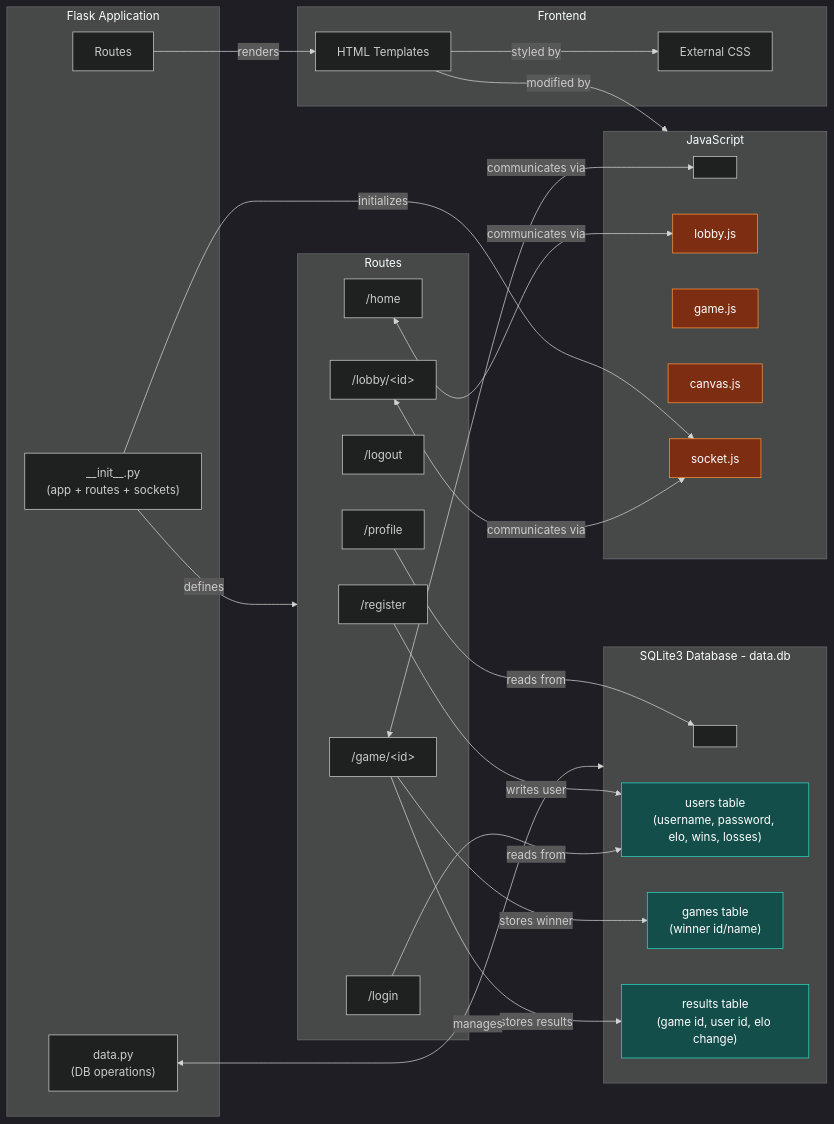
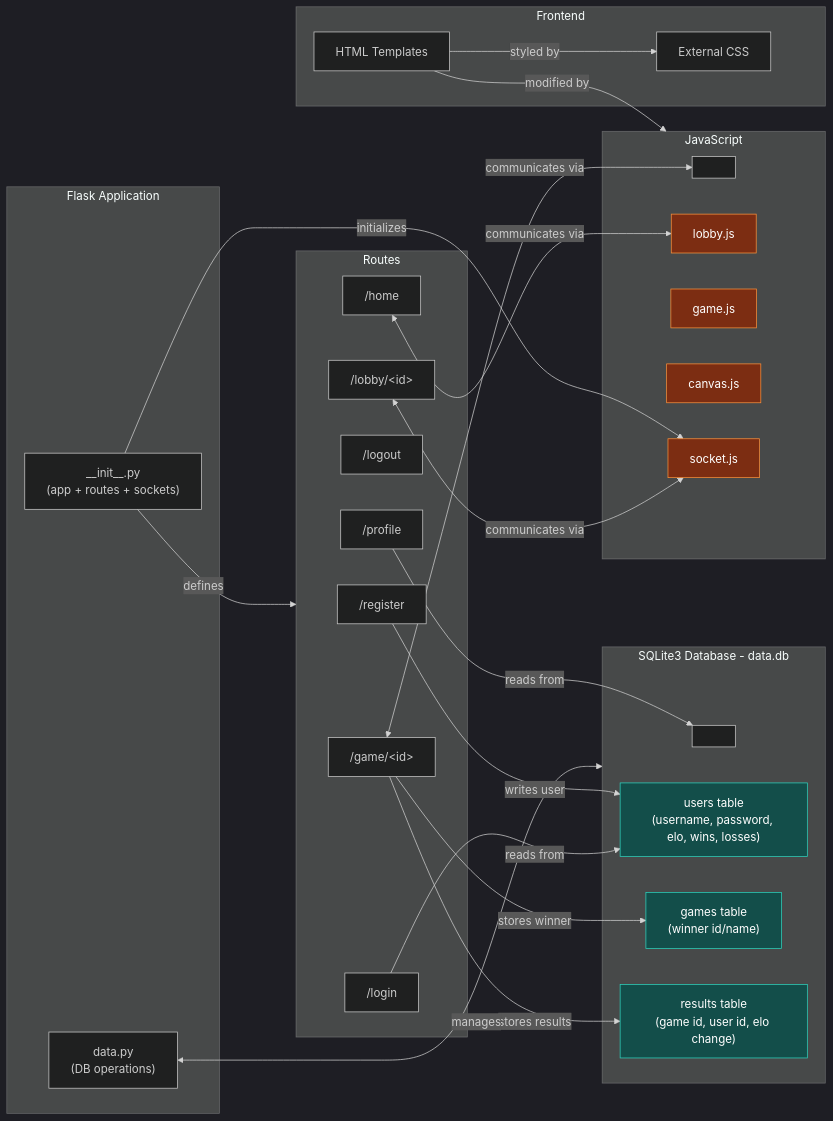
The first of 2 diagrams in design.md (SadgeCat/CopyrightedArtist), drawn with Mermaid before and after one commit.

Commit message:
clean up diamgra

````diff
--- a/design.md
+++ b/design.md
@@ -90,62 +90,60 @@
 ```mermaid
 ---
 config:
   theme: dark
 ---
 flowchart LR
  subgraph FlaskApp["Flask Application"]
         Init["__init__.py<br>(app + routes + sockets)"]
-        Routes["Routes"]
         DataPy["data.py<br>(DB operations)"]
   end
  subgraph RoutesDetail["Routes"]
         Register["/register"]
         Login["/login"]
         Logout["/logout"]
         Home["/home"]
         Lobby["/lobby/&lt;id&gt;"]
         Game["/game/&lt;id&gt;"]
         Profile["/profile"]
   end
  subgraph Database["SQLite3 Database - data.db"]
         DBAnchor[" "]
         UsersTable["users table<br>(username, password, elo, wins, losses)"]
         GamesTable["games table<br>(winner id/name)"]
         ResultsTable["results table<br>(game id, user id, elo change)"]
   end
  subgraph Frontend["Frontend"]
         HTML["HTML Templates"]
         CSS["External CSS"]
   end
  subgraph JSModules["JavaScript"]
         JSAnchor[" "]
         LobbyJS["lobby.js"]
         GameJS["game.js"]
         CanvasJS["canvas.js"]
         SocketJS["socket.js"]
   end
     Init -- defines --> RoutesDetail
     Init -- initializes --> SocketJS
     Register -- writes user --> UsersTable
     Login -- reads from --> UsersTable
     Profile -- reads from --> DBAnchor
     DataPy <-- manages --> Database
     Game -- stores winner --> GamesTable
     Game -- stores results --> ResultsTable
-    Routes -- renders --> HTML
     HTML -- styled by --> CSS
     HTML -- modified by --> JSModules
     Home <-- communicates via --> LobbyJS
     Lobby <-- communicates via --> SocketJS
     Game <-- communicates via --> JSAnchor
 
      UsersTable:::dbNode
      GamesTable:::dbNode
      ResultsTable:::dbNode
      LobbyJS:::jsNode
      GameJS:::jsNode
      CanvasJS:::jsNode
      SocketJS:::jsNode
     classDef dbNode fill:#134e4a,stroke:#2dd4bf,color:#ffffff
     classDef jsNode fill:#7c2d12,stroke:#fb923c,color:#ffffff
 ```
````
